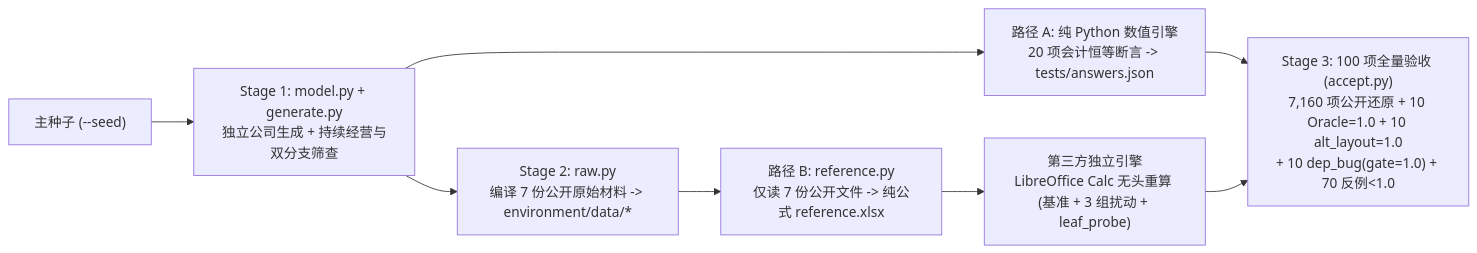
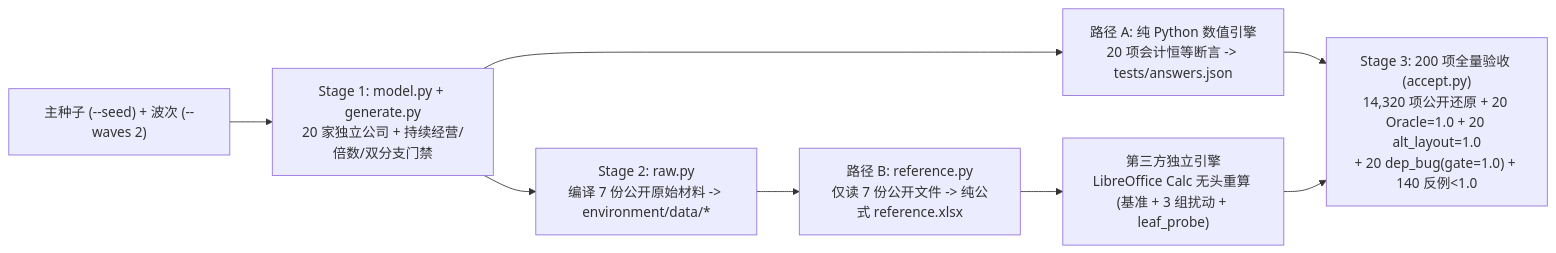
The diagram in docs/SCORING_AND_REFERENCE_PIPELINE.md (zwluestc/dcf), drawn with Mermaid before and after one commit. The commit also changed other lines of this file and 352 other files, not shown here.

````diff
--- a/docs/SCORING_AND_REFERENCE_PIPELINE.md
+++ b/docs/SCORING_AND_REFERENCE_PIPELINE.md
@@ -79,10 +79,10 @@
 ```mermaid
 flowchart LR
-    S["主种子 (--seed)"] --> G["Stage 1: model.py + generate.py\n独立公司生成 + 持续经营与双分支筛查"]
+    S["主种子 (--seed) + 波次 (--waves 2)"] --> G["Stage 1: model.py + generate.py\n20 家独立公司 + 持续经营/倍数/双分支门禁"]
     G --> P1["路径 A: 纯 Python 数值引擎\n20 项会计恒等断言 -> tests/answers.json"]
     G --> R["Stage 2: raw.py\n编译 7 份公开原始材料 -> environment/data/*"]
     R --> P2["路径 B: reference.py\n仅读 7 份公开文件 -> 纯公式 reference.xlsx"]
     P2 --> LO["第三方独立引擎\nLibreOffice Calc 无头重算 (基准 + 3 组扰动 + leaf_probe)"]
-    P1 --> V["Stage 3: 100 项全量验收 (accept.py)\n7,160 项公开还原 + 10 Oracle=1.0 + 10 alt_layout=1.0\n+ 10 dep_bug(gate=1.0) + 70 反例<1.0"]
+    P1 --> V["Stage 3: 200 项全量验收 (accept.py)\n14,320 项公开还原 + 20 Oracle=1.0 + 20 alt_layout=1.0\n+ 20 dep_bug(gate=1.0) + 140 反例<1.0"]
     LO --> V
 ```
````
